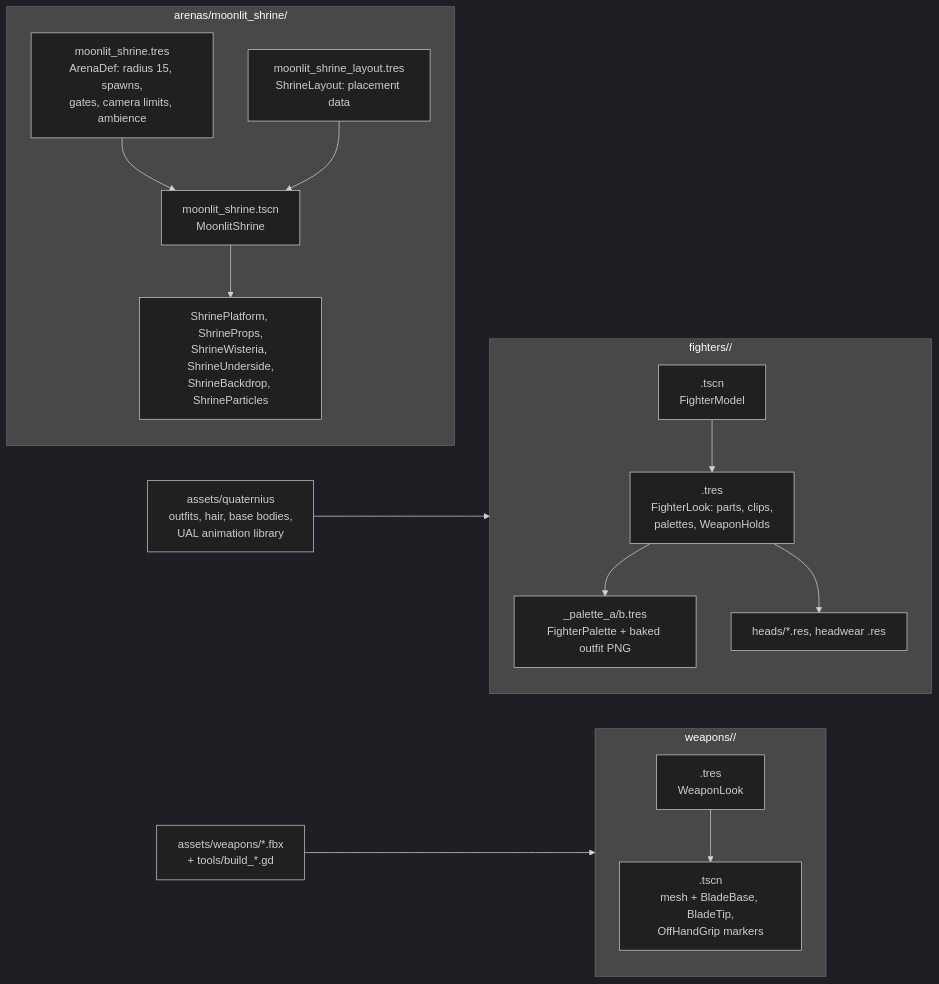
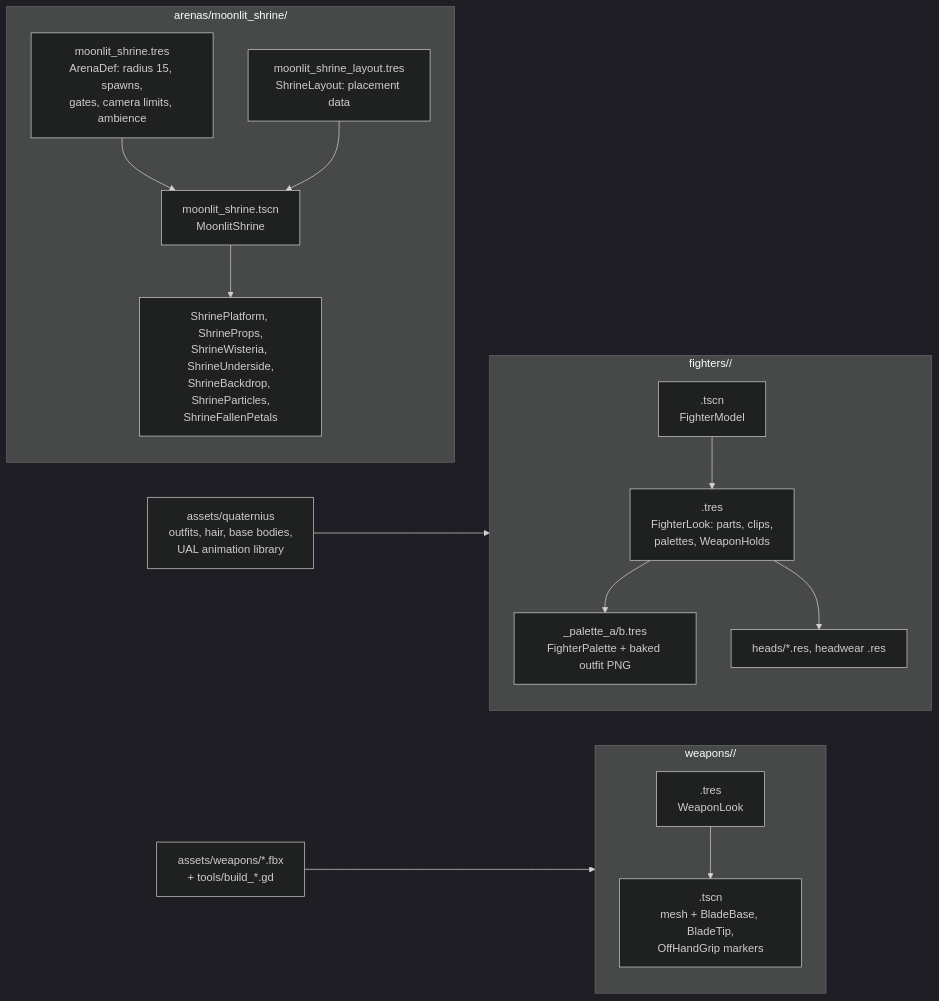
One commit to Arod231/monomachia changed diagram 14 of 22 in docs/architecture.md. Above: the diagram before and after it, drawn with Mermaid (dark theme). The commit also changed other lines of this file and 26 other files, not shown here.

First line of the commit message:
Fallen petals collect on the Shrine's floor and scatter round the fighters (M1 task 137)

````diff
--- a/docs/architecture.md
+++ b/docs/architecture.md
@@ -762,18 +762,18 @@
 ```mermaid
 flowchart LR
     subgraph FIGHTER["fighters/<id>/"]
         FTSCN["<id>.tscn<br/>FighterModel"] --> FTRES["<id>.tres<br/>FighterLook: parts, clips,<br/>palettes, WeaponHolds"]
         FTRES --> PAL["<id>_palette_a/b.tres<br/>FighterPalette + baked outfit PNG"]
         FTRES --> HEAD["heads/*.res, headwear .res"]
     end
     subgraph WEAPON["weapons/<id>/"]
         WRES["<id>.tres<br/>WeaponLook"] --> WSCN["<id>.tscn<br/>mesh + BladeBase, BladeTip,<br/>OffHandGrip markers"]
     end
     subgraph ARENA["arenas/moonlit_shrine/"]
         ADEF["moonlit_shrine.tres<br/>ArenaDef: radius 15, spawns,<br/>gates, camera limits, ambience"] --> ASCN["moonlit_shrine.tscn<br/>MoonlitShrine"]
-        ASCN --> PARTS["ShrinePlatform, ShrineProps,<br/>ShrineWisteria, ShrineUnderside,<br/>ShrineBackdrop, ShrineParticles"]
+        ASCN --> PARTS["ShrinePlatform, ShrineProps,<br/>ShrineWisteria, ShrineUnderside,<br/>ShrineBackdrop, ShrineParticles,<br/>ShrineFallenPetals"]
         LAYOUT["moonlit_shrine_layout.tres<br/>ShrineLayout: placement data"] --> ASCN
     end
     ASSETS["assets/quaternius<br/>outfits, hair, base bodies,<br/>UAL animation library"] --> FIGHTER
     SRCW["assets/weapons/*.fbx<br/>+ tools/build_*.gd"] --> WEAPON
 ```
````
